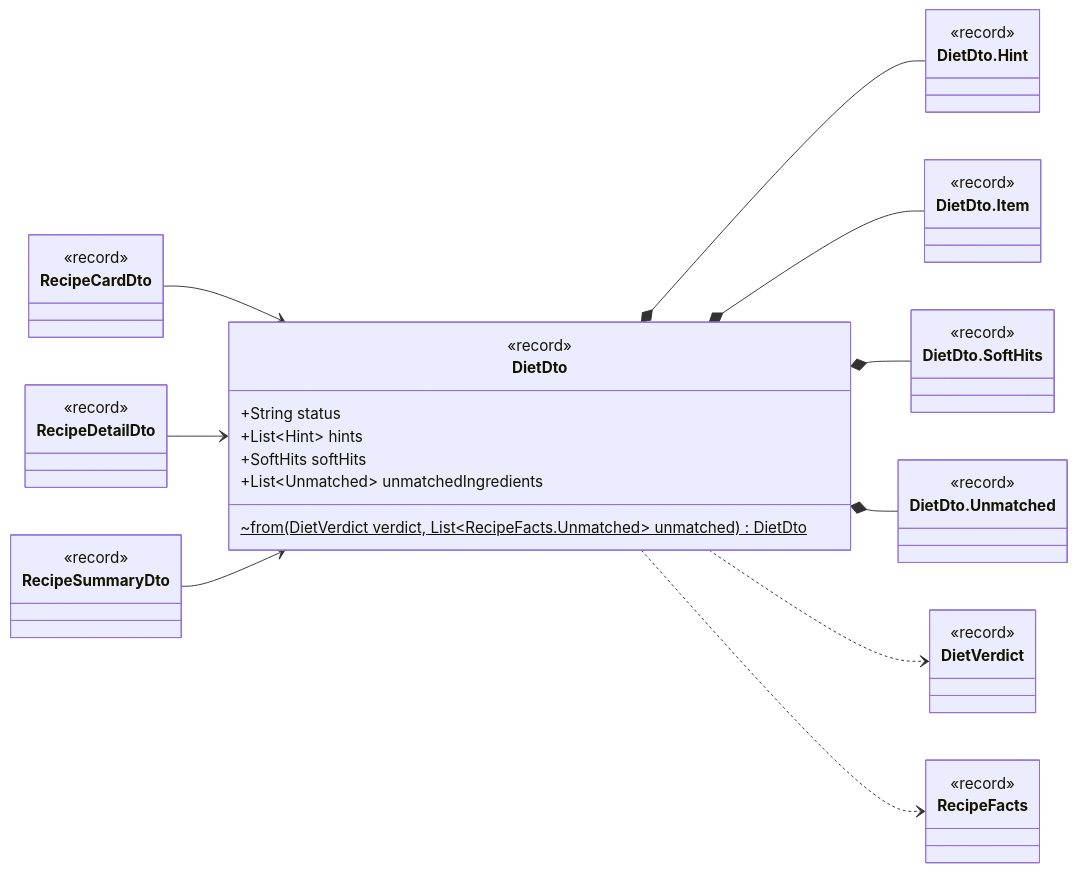
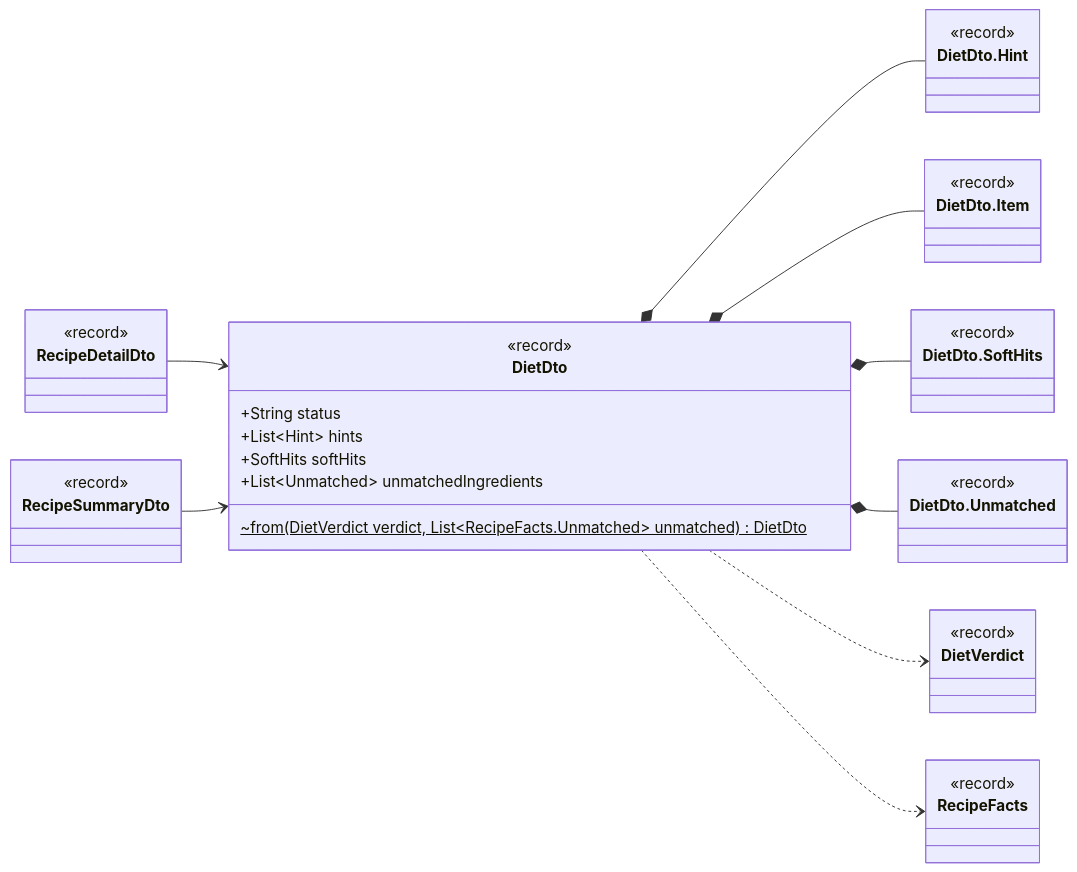
Before and after one commit to Nate-ryan-7690/dahaem: diagram 13 of 51 in docs/classes/api.md, drawn with Mermaid. The commit also changed other lines of this file and 7 other files, not shown here.

````diff
--- a/docs/classes/api.md
+++ b/docs/classes/api.md
@@ -622,48 +611,44 @@
 ```mermaid
 classDiagram
     direction LR
     class api_DietDto["DietDto"] {
         <<record>>
         +String status
         +List~Hint~ hints
         +SoftHits softHits
         +List~Unmatched~ unmatchedIngredients
         ~from(DietVerdict verdict, List~RecipeFacts.Unmatched~ unmatched) DietDto$
     }
     class api_DietDto_Hint["DietDto.Hint"] {
         <<record>>
     }
     class api_DietDto_Item["DietDto.Item"] {
         <<record>>
     }
     class api_DietDto_SoftHits["DietDto.SoftHits"] {
         <<record>>
     }
     class api_DietDto_Unmatched["DietDto.Unmatched"] {
         <<record>>
     }
-    class api_RecipeCardDto["RecipeCardDto"] {
-        <<record>>
-    }
     class api_RecipeDetailDto["RecipeDetailDto"] {
         <<record>>
     }
     class api_RecipeSummaryDto["RecipeSummaryDto"] {
         <<record>>
     }
     class diet_DietVerdict["DietVerdict"] {
         <<record>>
     }
     class tags_RecipeFacts["RecipeFacts"] {
         <<record>>
     }
     api_DietDto *-- api_DietDto_Hint
     api_DietDto *-- api_DietDto_Item
     api_DietDto *-- api_DietDto_SoftHits
     api_DietDto *-- api_DietDto_Unmatched
     api_DietDto ..> diet_DietVerdict
     api_DietDto ..> tags_RecipeFacts
-    api_RecipeCardDto --> api_DietDto
     api_RecipeDetailDto --> api_DietDto
     api_RecipeSummaryDto --> api_DietDto
 ```
````
